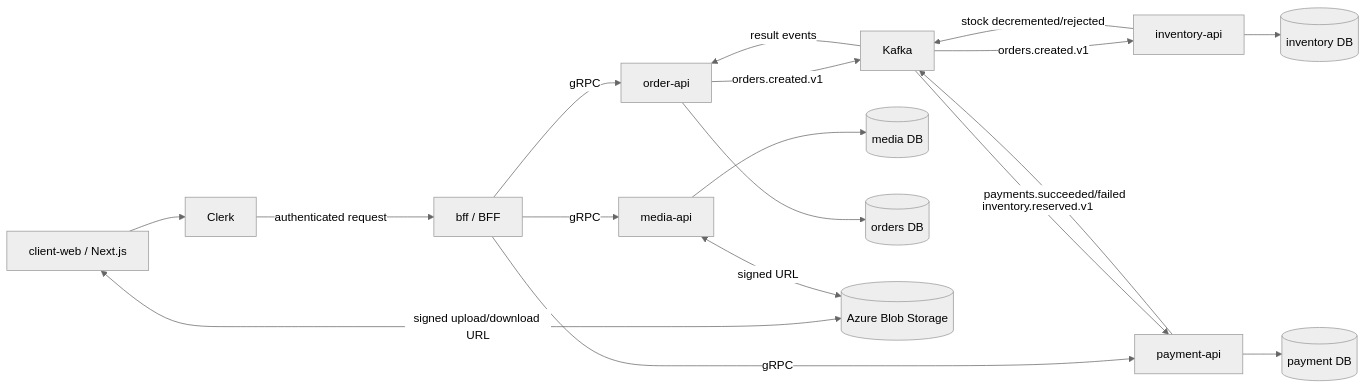
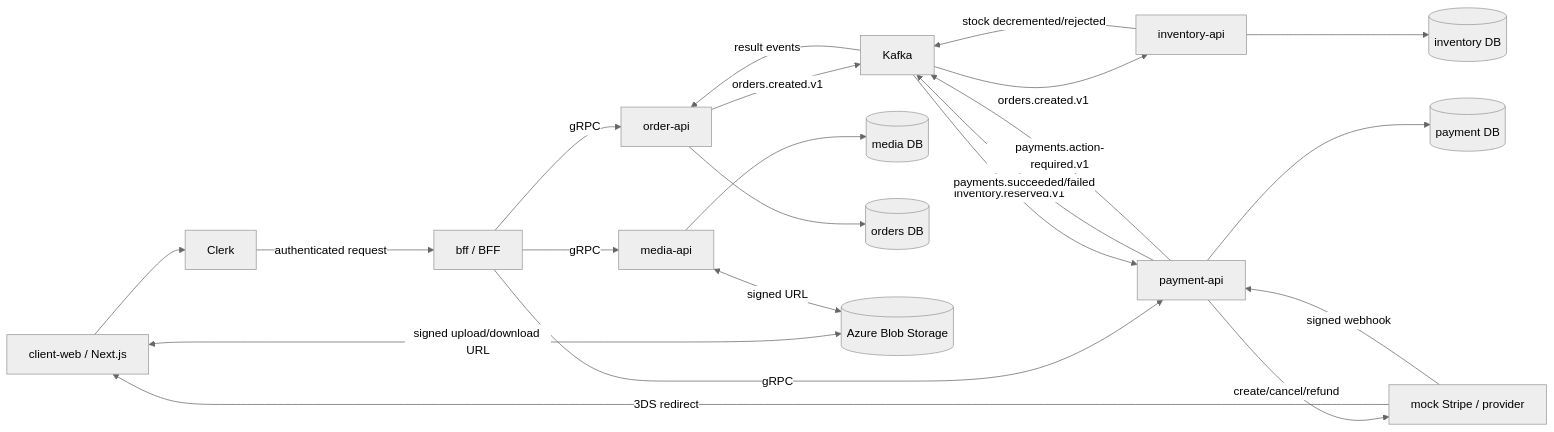
One commit to asamigentoku/PinguCoin changed the diagram in docs/ARCHITECTURE.md. Above: the diagram before and after it, drawn with Mermaid (neutral theme). The commit also changed other lines of this file and 47 other files, not shown here.

````diff
--- a/docs/ARCHITECTURE.md
+++ b/docs/ARCHITECTURE.md
@@ -3,20 +3,24 @@
 ```mermaid
 flowchart LR
     Web[client-web / Next.js] --> Clerk[Clerk]
     Clerk -->|authenticated request| BFF[bff / BFF]
     BFF -->|gRPC| Media[media-api]
     BFF -->|gRPC| Order[order-api]
     BFF -->|gRPC| Payment[payment-api]
 Order -->|orders.created.v1| Kafka[Kafka]
 Kafka -->|orders.created.v1| Inventory[inventory-api]
 Inventory -->|stock decremented/rejected| Kafka
     Kafka -->|inventory.reserved.v1| Payment
     Payment -->|payments.succeeded/failed| Kafka
+    Payment -->|payments.action-required.v1| Kafka
     Kafka -->|result events| Order
+    Payment -->|create/cancel/refund| Stripe[mock Stripe / provider]
+    Stripe -->|3DS redirect| Web
+    Stripe -->|signed webhook| Payment
     Media --> MediaDB[(media DB)]
     Inventory --> InventoryDB[(inventory DB)]
     Payment --> PaymentDB[(payment DB)]
     Order --> OrderDB[(orders DB)]
     Web <-->|signed upload/download URL| Blob[(Azure Blob Storage)]
     Media <-->|signed URL| Blob
 ```
````
